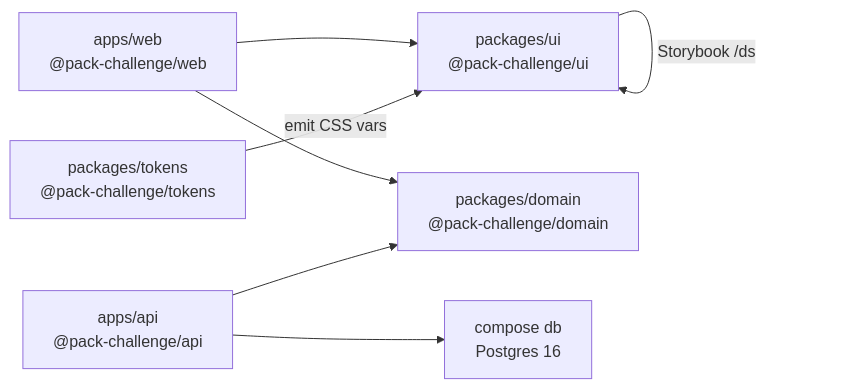
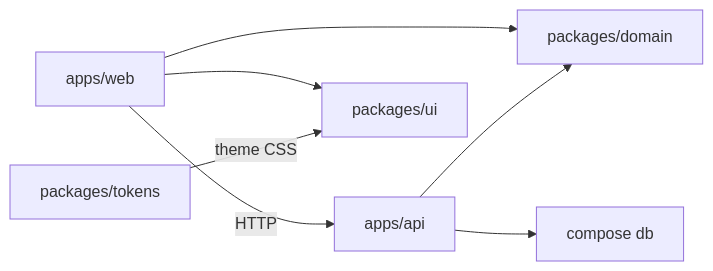
Before and after one commit to borjalofe/svelte-file-uploader: the diagram in README.md, drawn with Mermaid. The commit also changed other lines of this file, not shown here.

````diff
--- a/README.md
+++ b/README.md
@@ -78,16 +22,16 @@
 ```mermaid
 flowchart LR
-  web["apps/web<br/>@pack-challenge/web"]
-  api["apps/api<br/>@pack-challenge/api"]
-  ui["packages/ui<br/>@pack-challenge/ui"]
-  domain["packages/domain<br/>@pack-challenge/domain"]
-  tokensPkg["packages/tokens<br/>@pack-challenge/tokens"]
-  db["compose db<br/>Postgres 16"]
+  web["apps/web"]
+  api["apps/api"]
+  ui["packages/ui"]
+  domain["packages/domain"]
+  tokensPkg["packages/tokens"]
+  db["compose db"]
 
   web --> ui
   web --> domain
+  web -->|HTTP| api
   api --> domain
   api --> db
-  tokensPkg -->|emit CSS vars| ui
-  ui -->|Storybook /ds| ui
+  tokensPkg -->|theme CSS| ui
 ```
````
